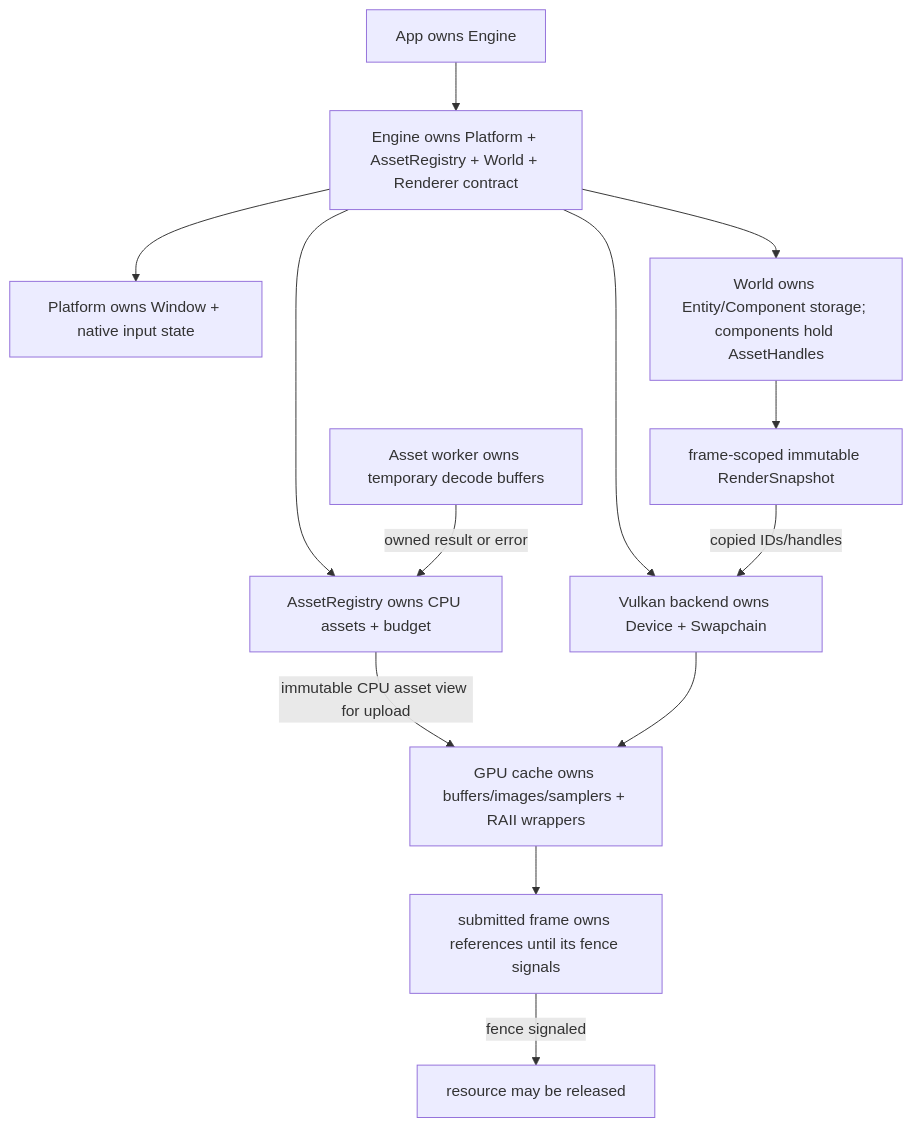
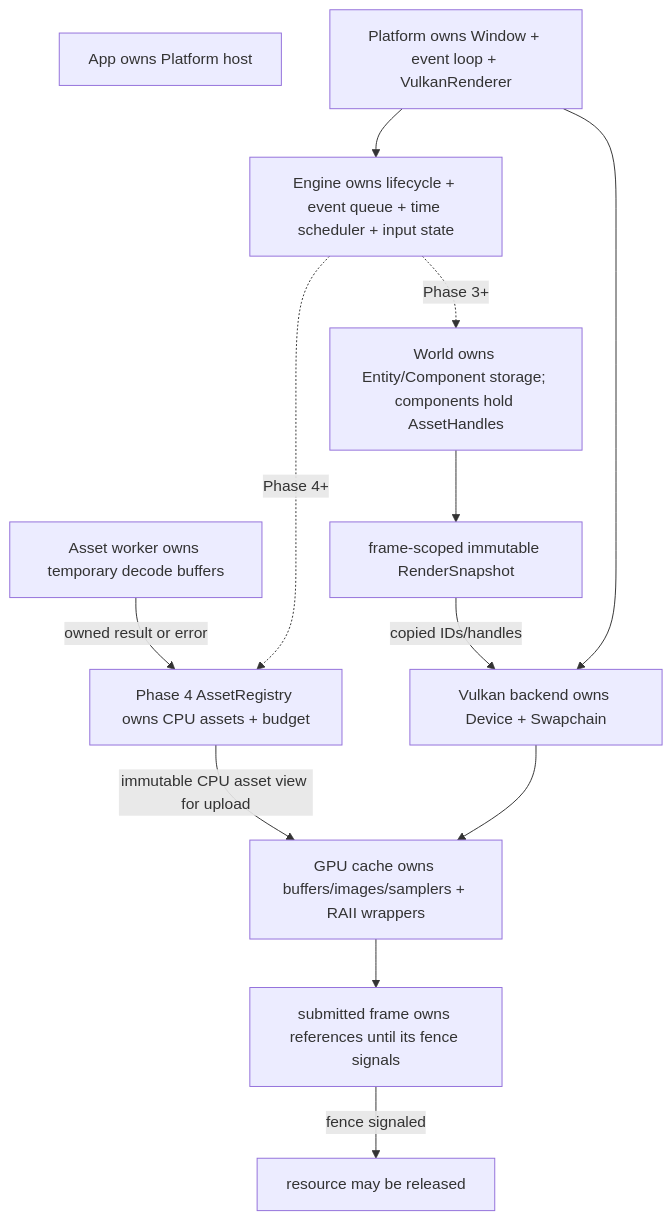
One commit to LarpingAgent/Project3.6k changed the fourth of 5 diagrams in docs/architecture/master-architecture.md. Above: the diagram before and after it, drawn with Mermaid. The commit also changed other lines of this file and 1 other file, not shown here.

Commit message:
docs(architecture): review phase 2 boundary

````diff
--- a/docs/architecture/master-architecture.md
+++ b/docs/architecture/master-architecture.md
@@ -151,26 +162,25 @@
 ```mermaid
 flowchart TB
-  App[App owns Engine]
-  Engine[Engine owns Platform + AssetRegistry + World + Renderer contract]
-  Platform[Platform owns Window + native input state]
-  Cpu[AssetRegistry owns CPU assets + budget]
+  App[App owns Platform host]
+  Engine[Engine owns lifecycle + event queue + time scheduler + input state]
+  Platform[Platform owns Window + event loop + VulkanRenderer]
+  Cpu[Phase 4 AssetRegistry owns CPU assets + budget]
   Worker[Asset worker owns temporary decode buffers]
   World[World owns Entity/Component storage; components hold AssetHandles]
   Snapshot[frame-scoped immutable RenderSnapshot]
   Backend[Vulkan backend owns Device + Swapchain]
   GpuCache[GPU cache owns buffers/images/samplers + RAII wrappers]
   InFlight[submitted frame owns references until its fence signals]
 
-  App --> Engine
-  Engine --> Platform
-  Engine --> Cpu
-  Engine --> World
-  Engine --> Backend
+  Platform --> Engine
+  Engine -. Phase 4+ .-> Cpu
+  Engine -. Phase 3+ .-> World
+  Platform --> Backend
   Worker -->|owned result or error| Cpu
   World --> Snapshot
   Snapshot -->|copied IDs/handles| Backend
   Cpu -->|immutable CPU asset view for upload| GpuCache
   Backend --> GpuCache
   GpuCache --> InFlight
   InFlight -->|fence signaled| Retired[resource may be released]
 ```
````
